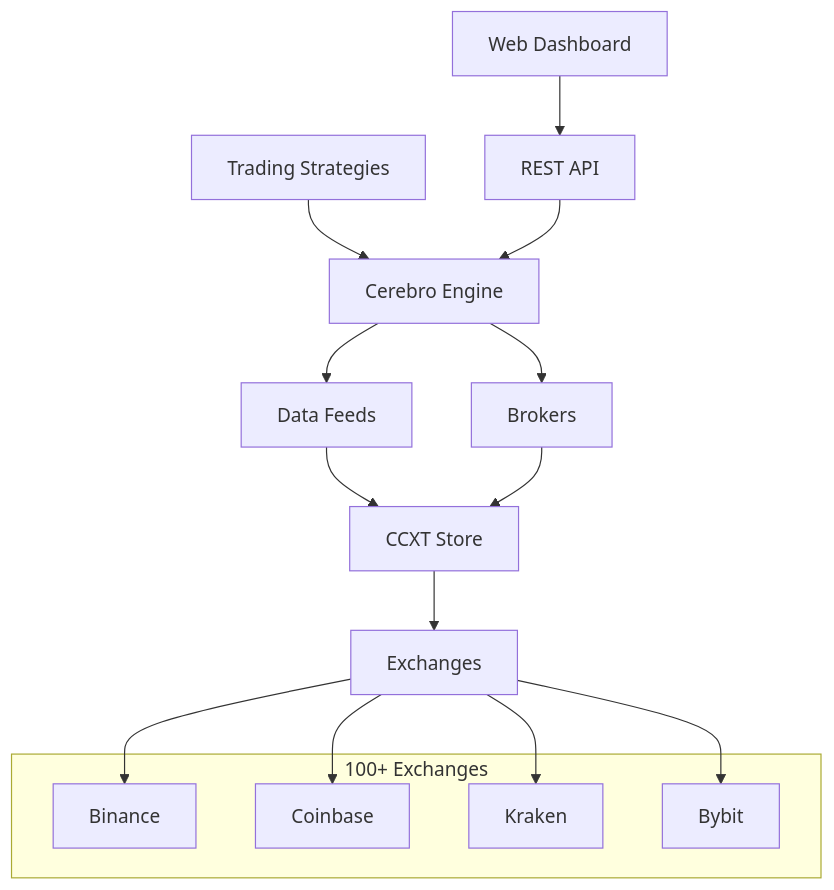
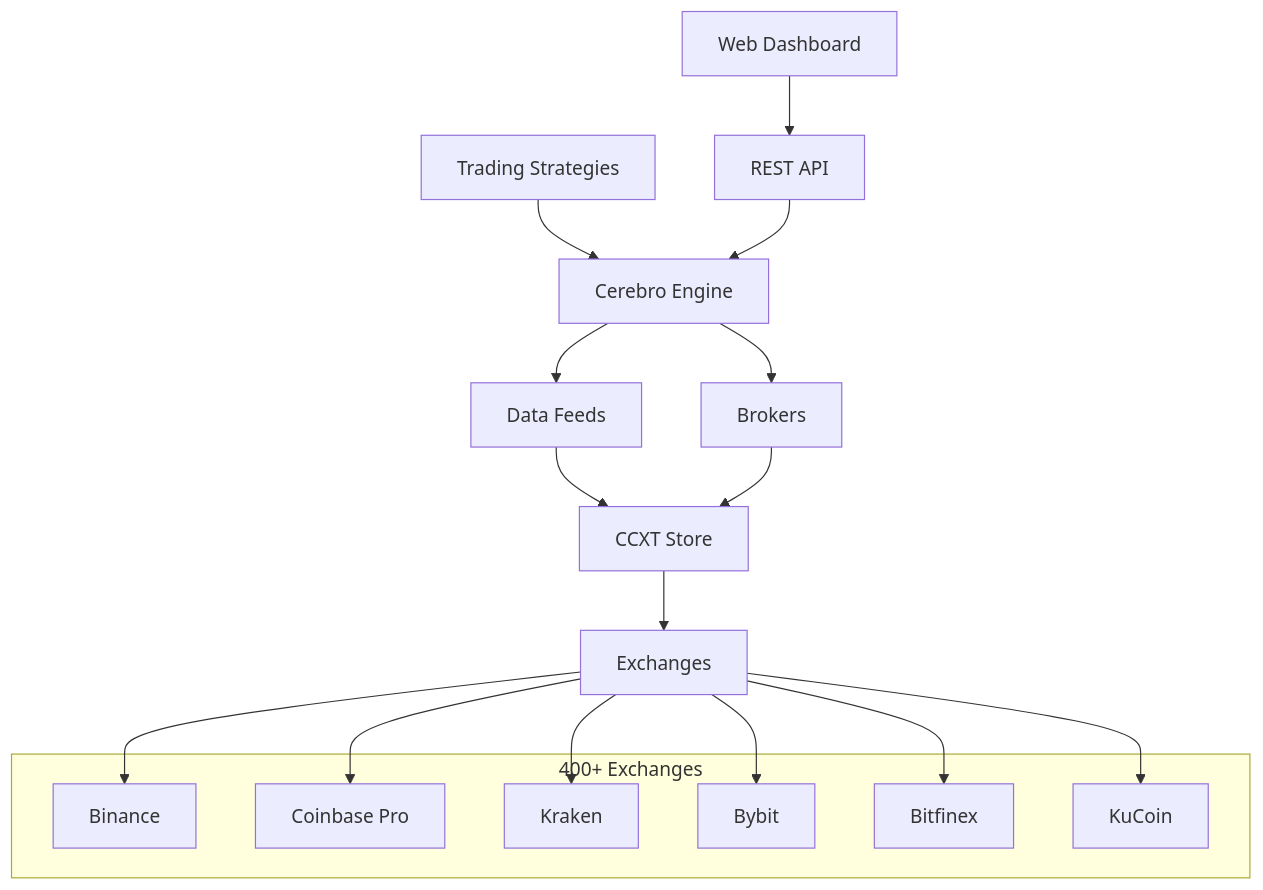
Before and after one commit to cracktrader/docs: the diagram in index.md, drawn with Mermaid. The commit also changed other lines of this file, not shown here.

````diff
--- a/index.md
+++ b/index.md
@@ -94,24 +95,28 @@
 ```mermaid
 graph TB
     A[Trading Strategies] --> B[Cerebro Engine]
     B --> C[Data Feeds]
     B --> D[Brokers]
     C --> E[CCXT Store]
     D --> E
     E --> F[Exchanges]
 
     G[Web Dashboard] --> H[REST API]
     H --> B
 
-    subgraph "100+ Exchanges"
+    subgraph "400+ Exchanges"
         F1[Binance]
-        F2[Coinbase]
+        F2[Coinbase Pro]
         F3[Kraken]
         F4[Bybit]
+        F5[Bitfinex]
+        F6[KuCoin]
     end
 
     F --> F1
     F --> F2
     F --> F3
     F --> F4
+    F --> F5
+    F --> F6
 ```
````
